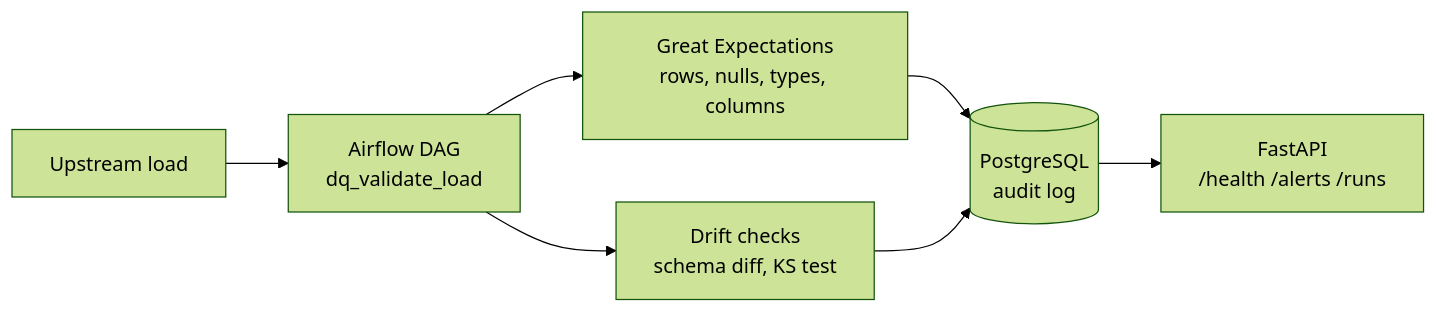
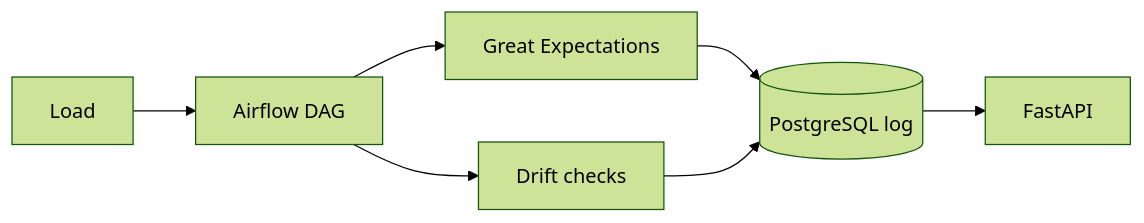
The diagram in README.md (Srijareddy123/data-quality-framework), drawn with Mermaid (forest theme) before and after one commit. The commit also changed other lines of this file and 1 other file, not shown here.

````diff
--- a/README.md
+++ b/README.md
@@ -43,9 +24,9 @@
 ```mermaid
 flowchart LR
-  A[Upstream load] --> B[Airflow DAG<br/>dq_validate_load]
-  B --> C[Great Expectations<br/>rows, nulls, types, columns]
-  B --> D[Drift checks<br/>schema diff, KS test]
-  C --> E[(PostgreSQL<br/>audit log)]
+  A[Load] --> B[Airflow DAG]
+  B --> C[Great Expectations]
+  B --> D[Drift checks]
+  C --> E[(PostgreSQL log)]
   D --> E
-  E --> F[FastAPI<br/>/health /alerts /runs]
+  E --> F[FastAPI]
 ```
````
